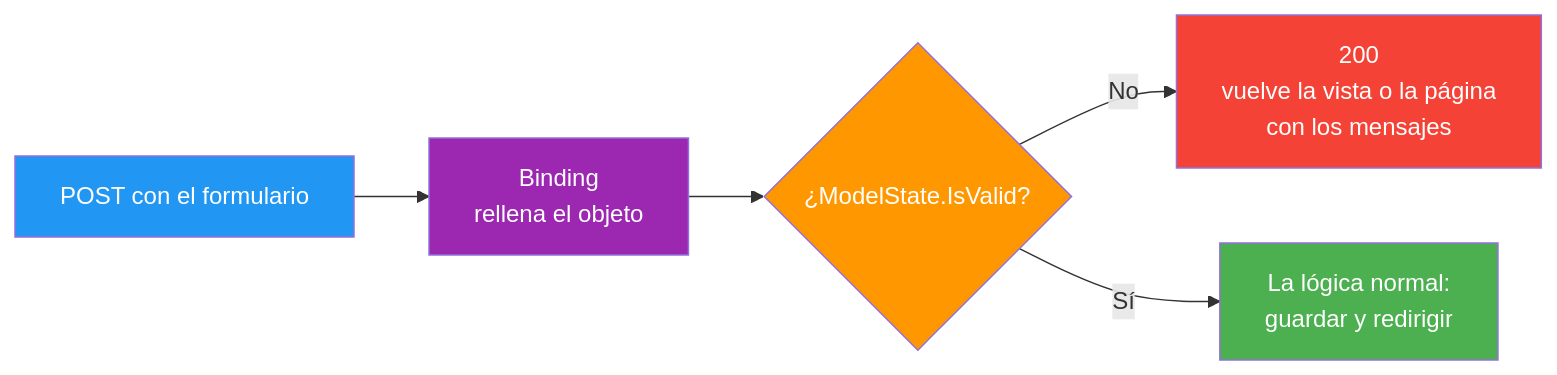
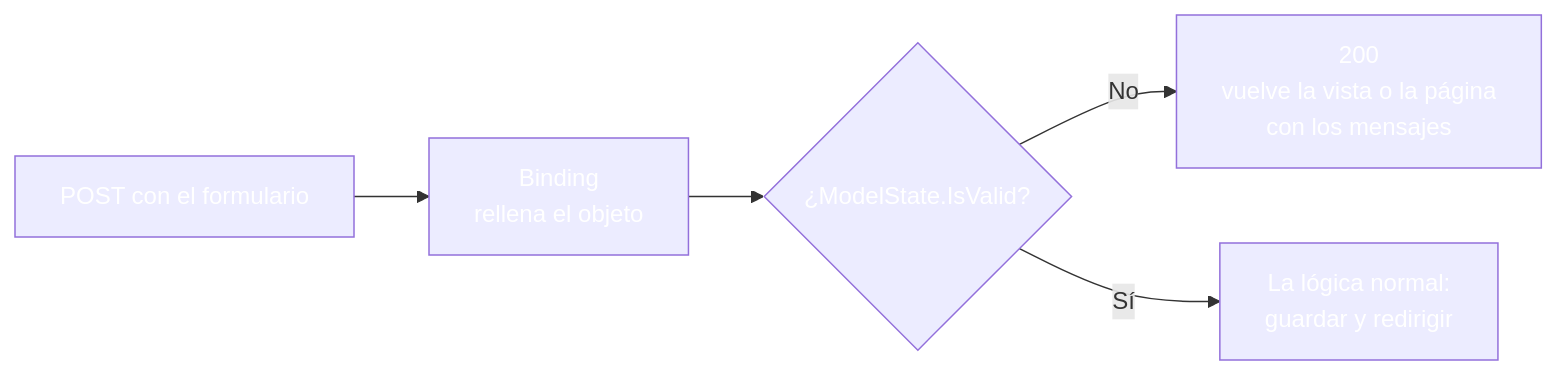
One commit to joseluisgs/DesarrolloWebEntornosServidor-03-2026-2027 changed the first of 2 diagrams in 15-validaciones-seguridad.md. Above: the diagram before and after it, drawn with Mermaid. The commit also changed other lines of this file and 30 other files, not shown here.

````diff
--- a/15-validaciones-seguridad.md
+++ b/15-validaciones-seguridad.md
@@ -70,12 +70,12 @@
 ```mermaid
 graph LR
     A["POST con el formulario"] --> B["Binding<br/>rellena el objeto"]
     B --> C{"¿ModelState.IsValid?"}
     C -->|"No"| D["200<br/>vuelve la vista o la página<br/>con los mensajes"]
     C -->|"Sí"| E["La lógica normal:<br/>guardar y redirigir"]
-    style A fill:#2196F3,color:#fff
-    style B fill:#9C27B0,color:#fff
-    style C fill:#FF9800,color:#fff
-    style D fill:#f44336,color:#fff
-    style E fill:#4CAF50,color:#fff
+    style A fill:#2196F,color:#fff3,color:#fff
+    style B fill:#9C27B,color:#fff0,color:#fff
+    style C fill:#FF980,color:#fff0,color:#fff
+    style D fill:#f4433,color:#fff6,color:#fff
+    style E fill:#4CAF5,color:#fff0,color:#fff
 ```
````
